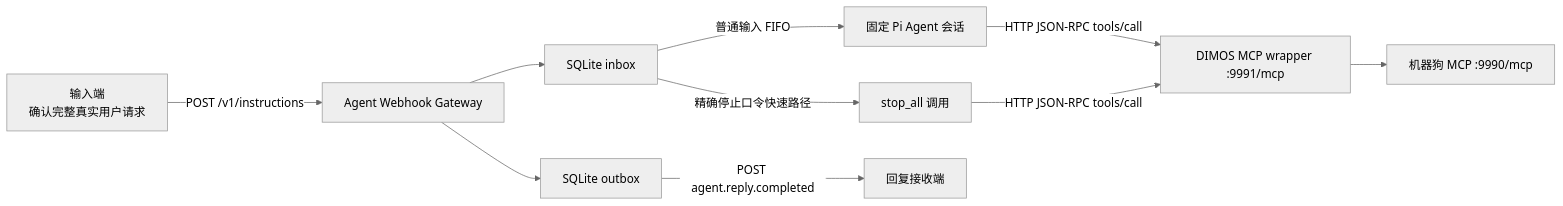
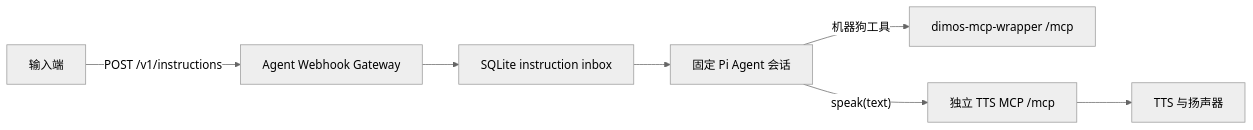
The diagram in docs/agent-input-webhook-integration.md (J9HSON/agent), drawn with Mermaid (neutral theme) before and after one commit. The commit also changed other lines of this file and 33 other files, not shown here.

First line of the commit message:
feat: remove reply webhook, add explicit TTS MCP tool

````diff
--- a/docs/agent-input-webhook-integration.md
+++ b/docs/agent-input-webhook-integration.md
@@ -76,12 +16,9 @@
 ```mermaid
 flowchart LR
-    I["输入端<br/>确认完整真实用户请求"] -->|"POST /v1/instructions"| G["Agent Webhook Gateway"]
-    G --> Q["SQLite inbox"]
-    Q -->|"普通输入 FIFO"| A["固定 Pi Agent 会话"]
-    Q -->|"精确停止口令快速路径"| S["stop_all 调用"]
-    A -->|"HTTP JSON-RPC tools/call"| W["DIMOS MCP wrapper :9991/mcp"]
-    S -->|"HTTP JSON-RPC tools/call"| W
-    W --> D["机器狗 MCP :9990/mcp"]
-    G --> O["SQLite outbox"]
-    O -->|"POST agent.reply.completed"| R["回复接收端"]
+    I["输入端"] -->|"POST /v1/instructions"| G["Agent Webhook Gateway"]
+    G --> Q["SQLite instruction inbox"]
+    Q --> A["固定 Pi Agent 会话"]
+    A -->|"机器狗工具"| R["dimos-mcp-wrapper /mcp"]
+    A -->|"speak(text)"| T["独立 TTS MCP /mcp"]
+    T --> S["TTS 与扬声器"]
 ```
````
